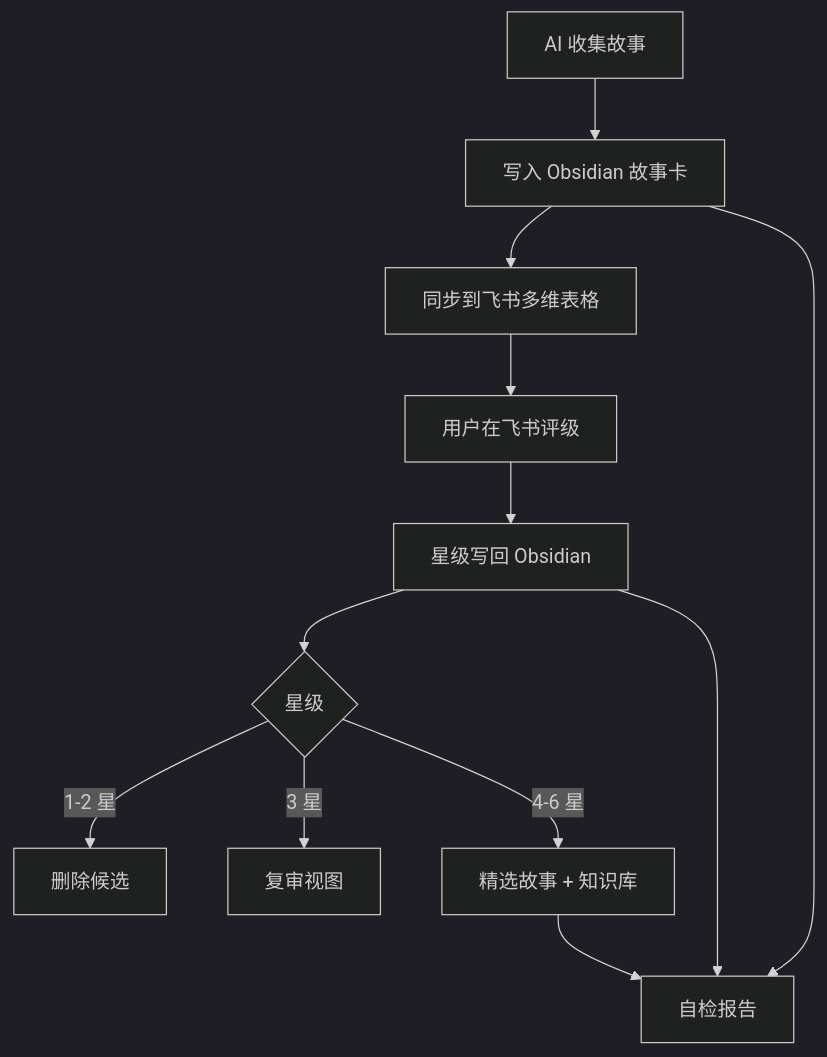
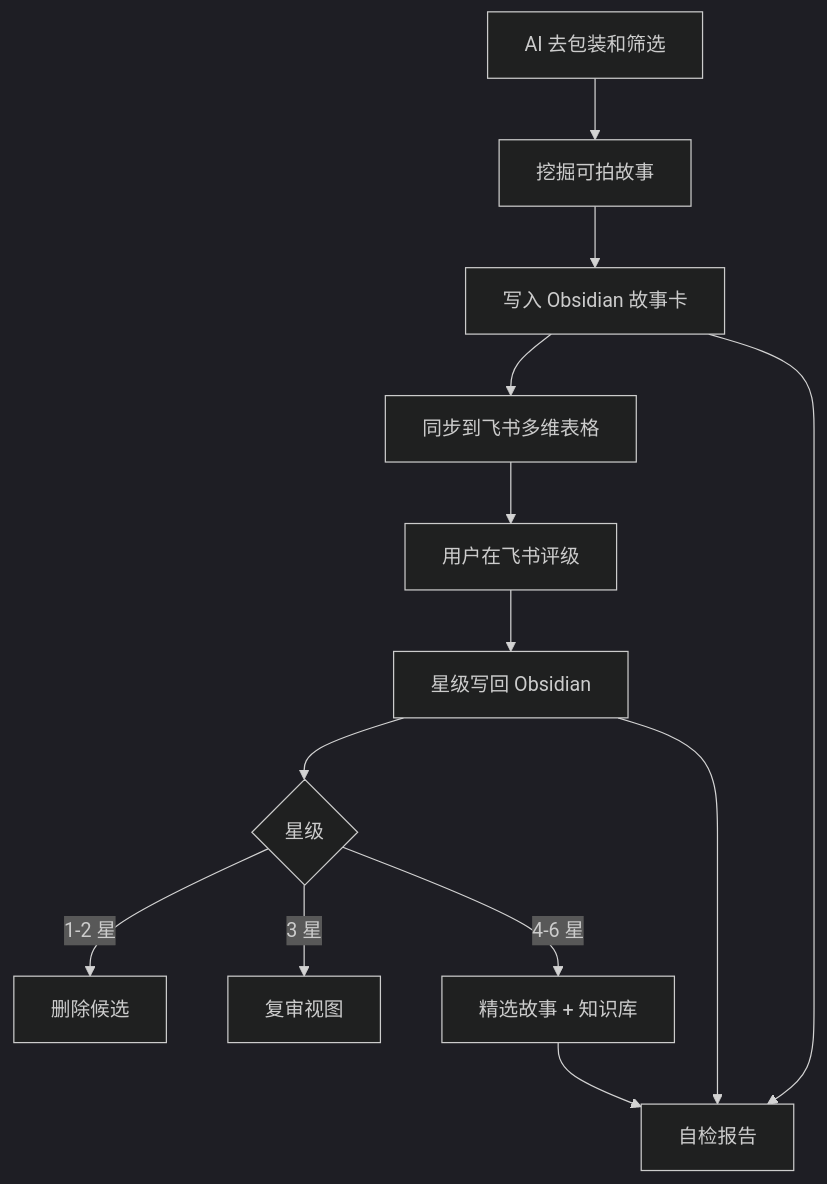
Before and after one commit to 1218364504x-sudo/sucai-jilei-chendian-workflow: the diagram in docs/01-workflow-overview.md, drawn with Mermaid (dark theme). The commit also changed other lines of this file and 4 other files, not shown here.

````diff
--- a/docs/01-workflow-overview.md
+++ b/docs/01-workflow-overview.md
@@ -20,14 +20,15 @@
 ```mermaid
 flowchart TD
-    A["AI 收集故事"] --> B["写入 Obsidian 故事卡"]
-    B --> C["同步到飞书多维表格"]
-    C --> D["用户在飞书评级"]
-    D --> E["星级写回 Obsidian"]
-    E --> F{"星级"}
-    F -->|"1-2 星"| G["删除候选"]
-    F -->|"3 星"| H["复审视图"]
-    F -->|"4-6 星"| I["精选故事 + 知识库"]
-    B --> J["自检报告"]
-    E --> J
-    I --> J
+    A["AI 去包装和筛选"] --> B["挖掘可拍故事"]
+    B --> C["写入 Obsidian 故事卡"]
+    C --> D["同步到飞书多维表格"]
+    D --> E["用户在飞书评级"]
+    E --> F["星级写回 Obsidian"]
+    F --> G{"星级"}
+    G -->|"1-2 星"| H["删除候选"]
+    G -->|"3 星"| I["复审视图"]
+    G -->|"4-6 星"| J["精选故事 + 知识库"]
+    C --> K["自检报告"]
+    F --> K
+    J --> K
 ```
````
